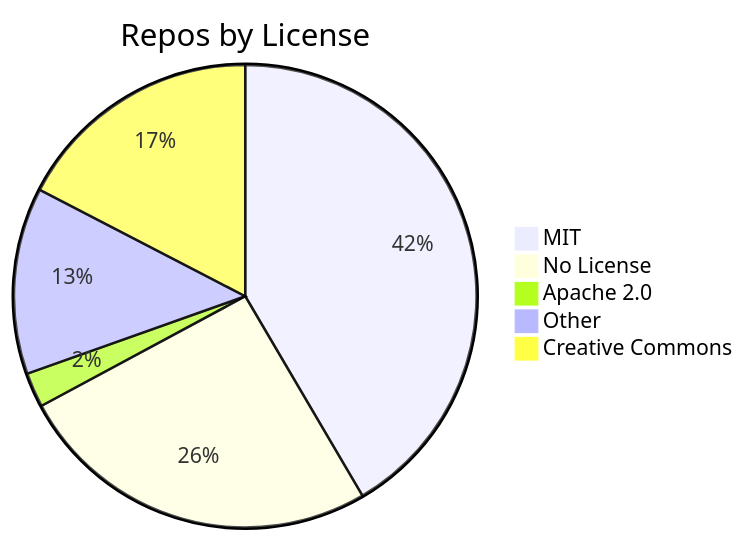
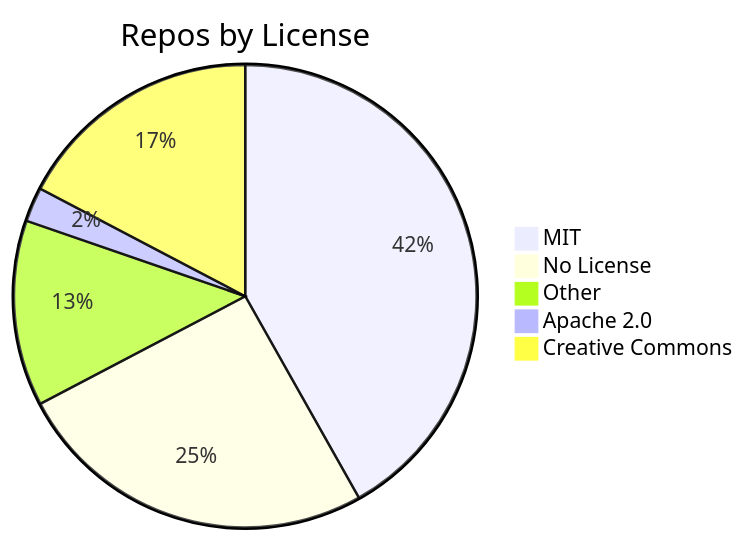
Before and after one commit to jpatterson933/awesome-mcp-server-repo-index: the diagram in README.md, drawn with Mermaid. The commit also changed other lines of this file and 7 other files, not shown here.

````diff
--- a/README.md
+++ b/README.md
@@ -31,8 +31,8 @@
 ```mermaid
 pie title Repos by License
-    "MIT" : 86
+    "MIT" : 87
     "No License" : 53
+    "Other" : 27
     "Apache 2.0" : 5
-    "Other" : 27
     "Creative Commons" : 36
 ```
````
